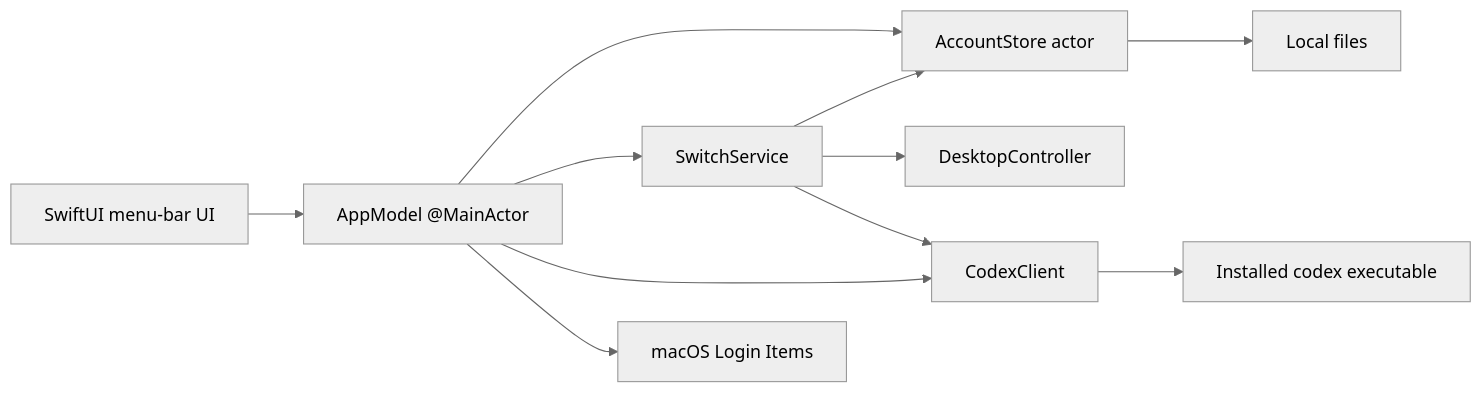
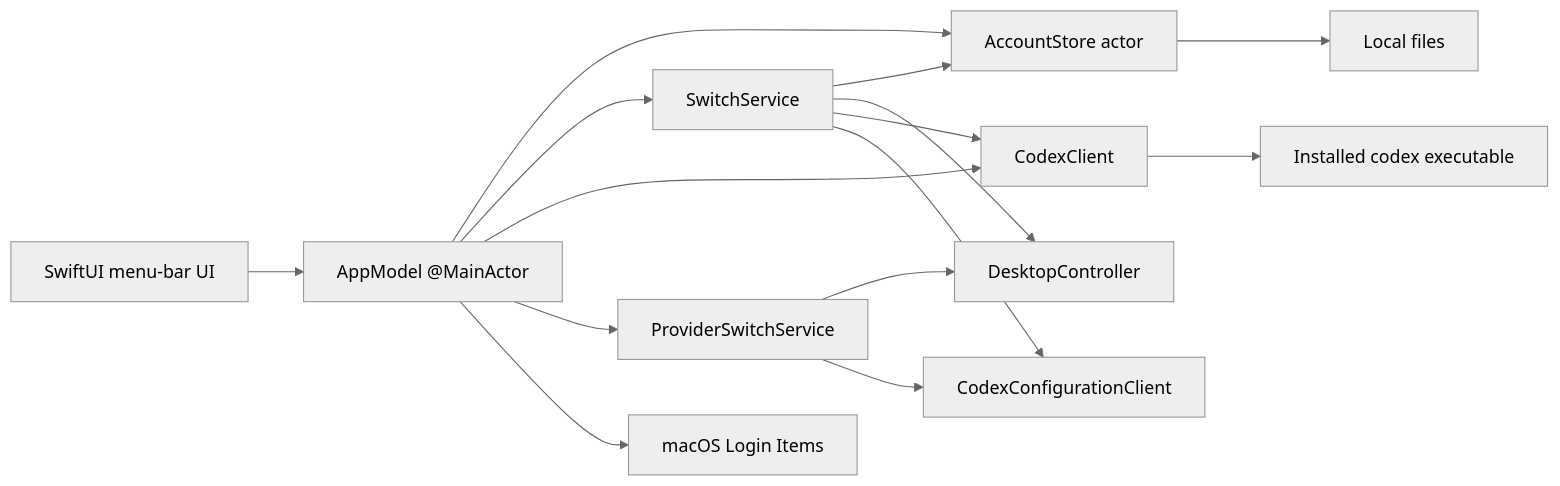
One commit to liuzhao1225/codex-account-switcher changed the first of 3 diagrams in docs/system-design.md. Above: the diagram before and after it, drawn with Mermaid (neutral theme). The commit also changed other lines of this file and 20 other files, not shown here.

````diff
--- a/docs/system-design.md
+++ b/docs/system-design.md
@@ -67,22 +73,28 @@
 ```mermaid
 flowchart LR
     UI[SwiftUI menu-bar UI]
     VM[AppModel @MainActor]
     Store[AccountStore actor]
     Switch[SwitchService]
+    ProviderSwitch[ProviderSwitchService]
+    ProviderConfig[CodexConfigurationClient]
     Codex[CodexClient]
     Desktop[DesktopController]
     Login[macOS Login Items]
     FS[Local files]
 
     UI --> VM
     VM --> Store
     VM --> Switch
     VM --> Codex
+    VM --> ProviderSwitch
     VM --> Login
     Switch --> Store
     Switch --> Desktop
     Switch --> Codex
+    Switch --> ProviderConfig
+    ProviderSwitch --> Desktop
+    ProviderSwitch --> ProviderConfig
     Store --> FS
     Codex --> CLI[Installed codex executable]
 ```
````
